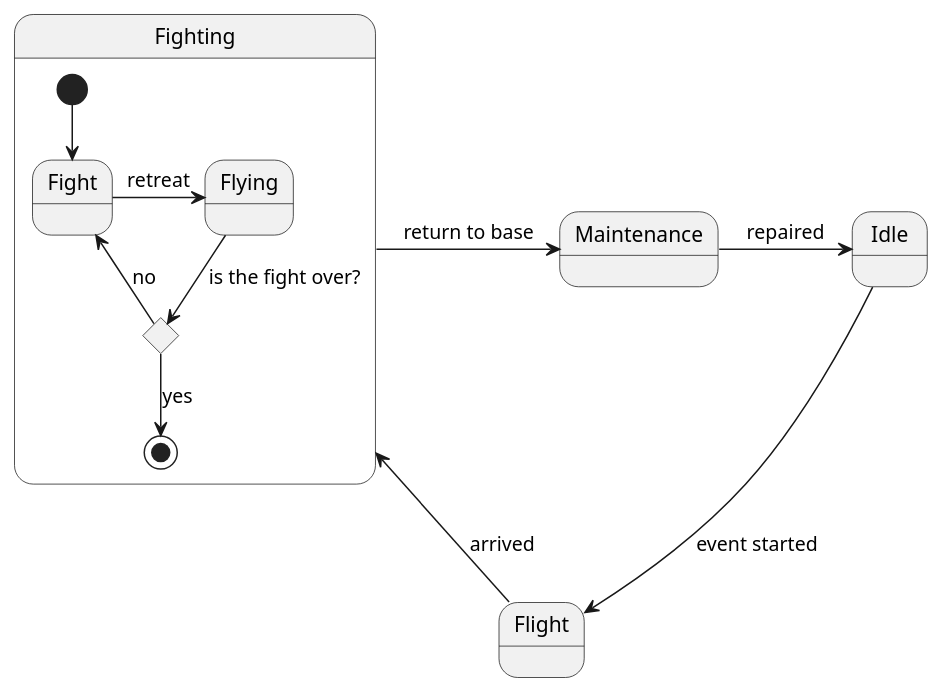
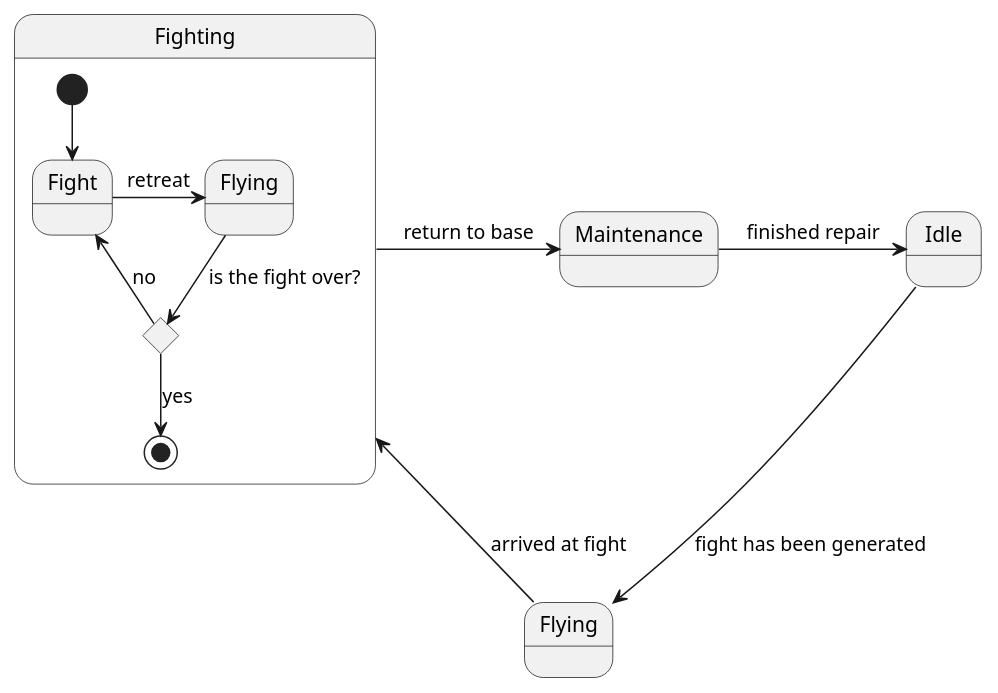
One commit to darkhappy/flightsim changed the diagram in Documentation/Diagrams/State/Fight.puml. Above: the diagram before and after it, drawn with PlantUML.

Commit message:
State: Improved Fight state

```diff
--- a/Documentation/Diagrams/State/Fight.puml
+++ b/Documentation/Diagrams/State/Fight.puml
@@ -1,33 +1,33 @@
 @startuml
 'https://plantuml.com/state-diagram
 
 state Idle
 
-Idle --> Flight : event started
+Idle --> Flying : fight has been generated
 
-state Flight
+state Flying
 
-Flight --> Fighting : arrived
+Flying --> Fighting : arrived at fight
 
 state Maintenance
 
 state Fighting {
-    state Flying
+    state "Flying" as FlyingBack
     state Fight
-    state c <<choice>> : is it a fight or a flight?
+    state c <<choice>>
     
     [*] --> Fight
-    Fight -> Flying : retreat
-    Flying --> c : is the fight over?
+    Fight -> FlyingBack : retreat
+    FlyingBack --> c : is the fight over?
     c --> Fight : no
     c --> [*] : yes
 }
 
 Fighting -> Maintenance : return to base
 
 
-Maintenance -> Idle : repaired
+Maintenance -> Idle : finished repair
 
 
 
 @enduml
```
